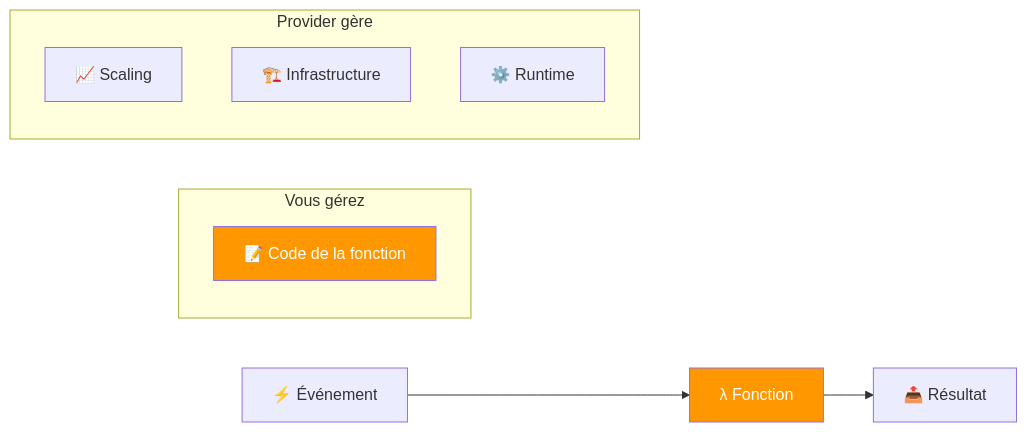
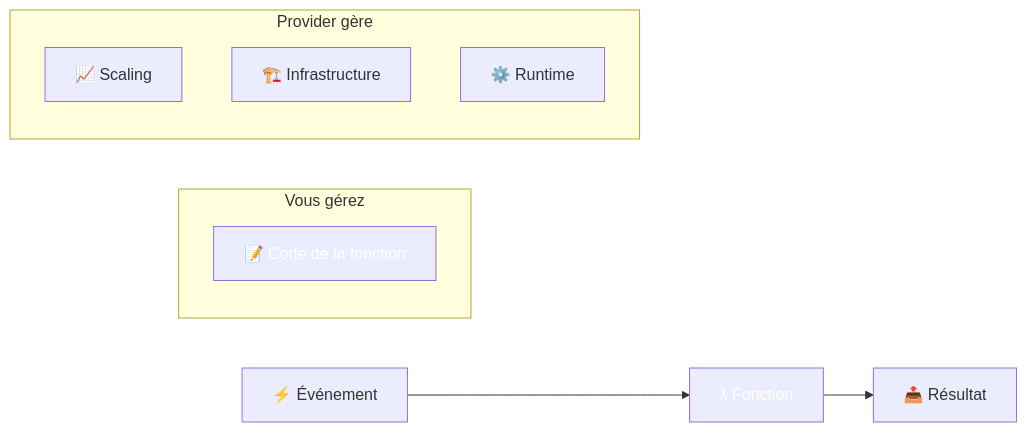
The sixth of 10 diagrams in docs/formations/cloud-fundamentals/02-module.md (VBlackJack/ShellBook), drawn with Mermaid before and after one commit. The commit also changed other lines of this file and 337 other files, not shown here.

First line of the commit message:
refactor(docs): Standardize code blocks and Mermaid colors

````diff
--- a/docs/formations/cloud-fundamentals/02-module.md
+++ b/docs/formations/cloud-fundamentals/02-module.md
@@ -300,18 +300,18 @@
 ```mermaid
 graph LR
     EVENT["⚡ Événement"] --> FUNCTION["λ Fonction"]
     FUNCTION --> RESULT["📤 Résultat"]
 
     subgraph "Vous gérez"
         CODE["📝 Code de la fonction"]
     end
 
     subgraph "Provider gère"
         SCALE["📈 Scaling"]
         INFRA["🏗️ Infrastructure"]
         RUNTIME["⚙️ Runtime"]
     end
 
-    style FUNCTION fill:#ff9800,color:#fff
-    style CODE fill:#ff9800,color:#fff
+    style FUNCTION fill:#FF9800800800,color:#fff
+    style CODE fill:#FF9800800800,color:#fff
 ```
````
